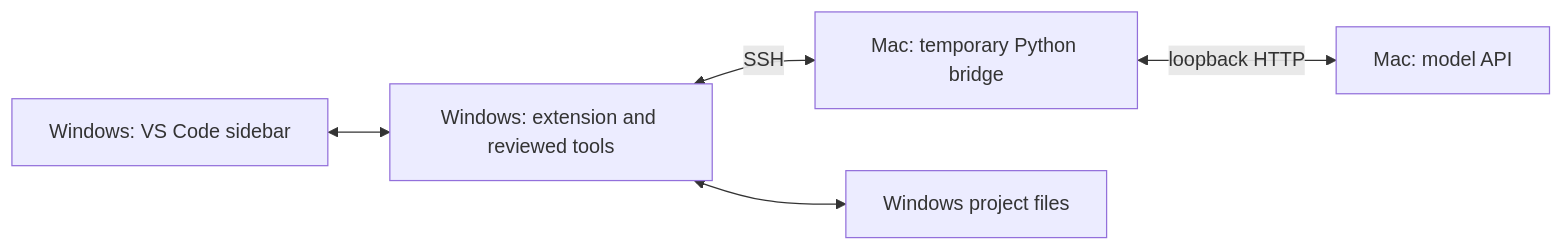
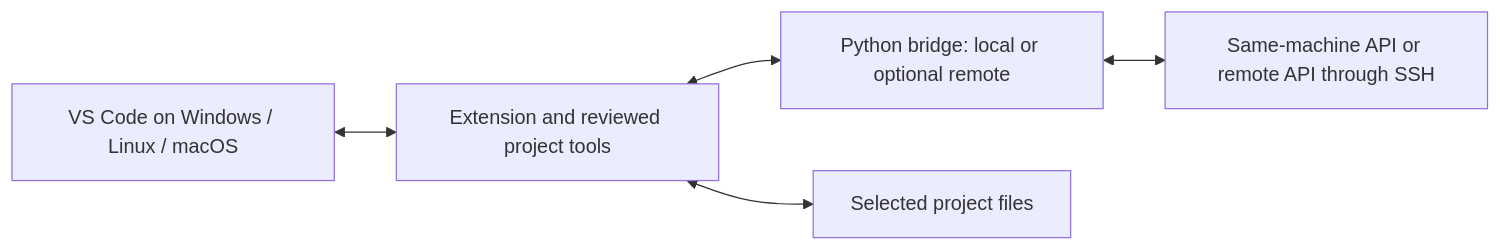
The diagram in _sources/docs/workshops/macstudio-agent/index.md (gisyaliny/ai), drawn with Mermaid before and after one commit. The commit also changed other lines of this file and 42 other files, not shown here.

````diff
--- a/_sources/docs/workshops/macstudio-agent/index.md
+++ b/_sources/docs/workshops/macstudio-agent/index.md
@@ -12,7 +14,7 @@
 ```{mermaid}
 flowchart LR
-    U["Windows: VS Code sidebar"] <--> E["Windows: extension and reviewed tools"]
-    E <-->|"SSH"| B["Mac: temporary Python bridge"]
-    B <-->|"loopback HTTP"| M["Mac: model API"]
-    E <--> F["Windows project files"]
+    U["VS Code on Windows / Linux / macOS"] <--> E["Extension and reviewed project tools"]
+    E <--> B["Python bridge: local or optional remote"]
+    B <--> M["Same-machine API or remote API through SSH"]
+    E <--> F["Selected project files"]
 ```
````
